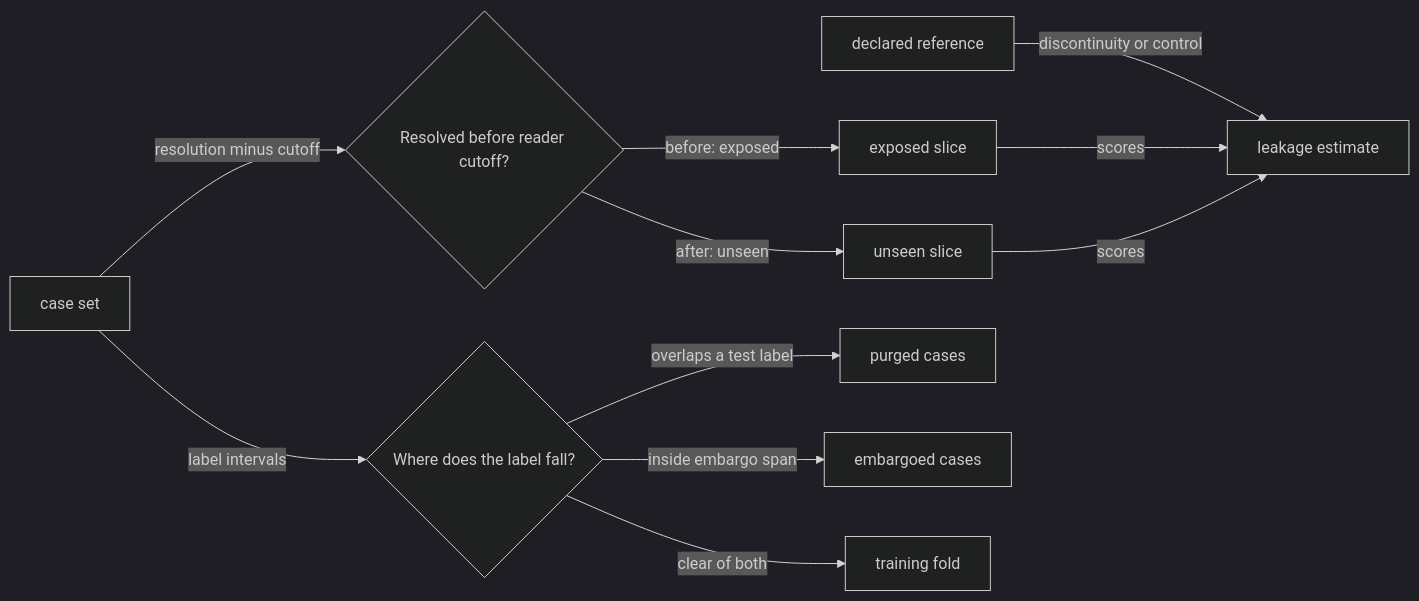
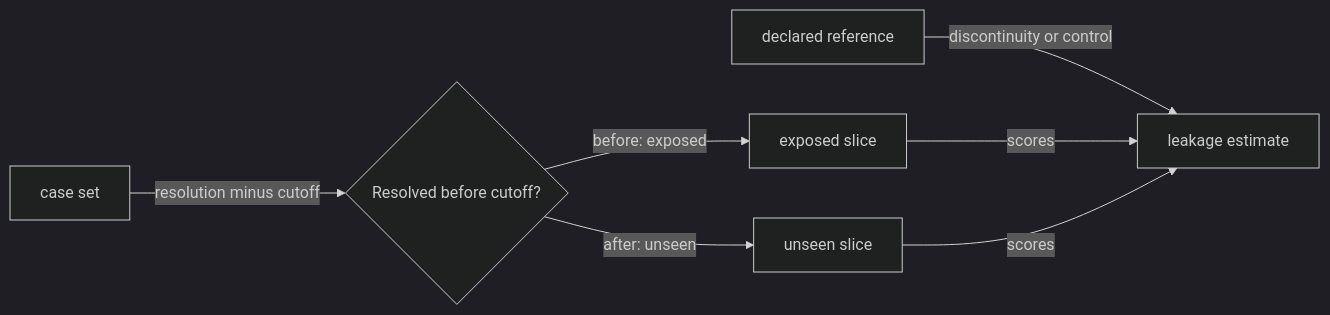
Before and after one commit to fractalboxdev/contextful: the second of 3 diagrams in spec/guide/assurance.md, drawn with Mermaid (dark theme). The commit also changed other lines of this file and 13 other files, not shown here.

Commit message:
docs: render Assurance diagrams with Merlion v0.2.0

````diff
--- a/spec/guide/assurance.md
+++ b/spec/guide/assurance.md
@@ -106,13 +113,13 @@
 ```mermaid
 flowchart LR
-  CASES["case set"] -->|"resolution minus cutoff"| SEEN{"Resolved before reader cutoff?"}
+  CASES["case set"] -->|"resolution minus cutoff"| SEEN{"Resolved before cutoff?"}
   SEEN -->|"before: exposed"| EXPOSED["exposed slice"]
   SEEN -->|"after: unseen"| UNSEEN["unseen slice"]
   REF["declared reference"] -->|"discontinuity or control"| EST["leakage estimate"]
   EXPOSED -->|"scores"| EST
   UNSEEN -->|"scores"| EST
-  CASES -->|"label intervals"| FOLD{"Where does the label fall?"}
-  FOLD -->|"overlaps a test label"| PURGED["purged cases"]
-  FOLD -->|"inside embargo span"| EMBARGOED["embargoed cases"]
-  FOLD -->|"clear of both"| TRAIN["training fold"]
+  class CASES,REF muted
+  class SEEN,EXPOSED warn
+  class UNSEEN ok
+  class EST accent
 ```
````
